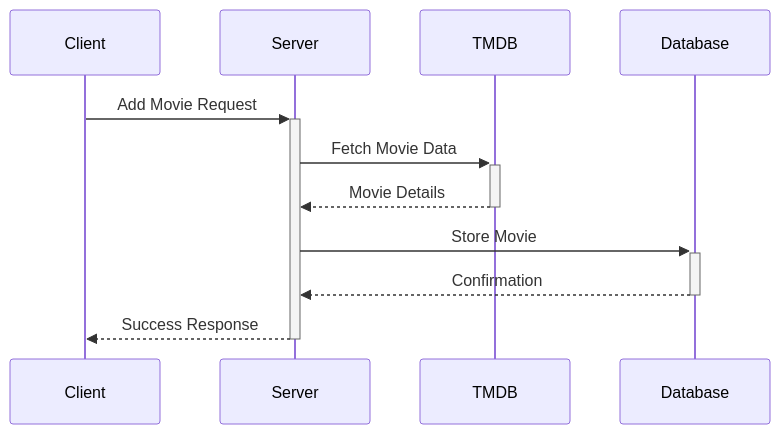
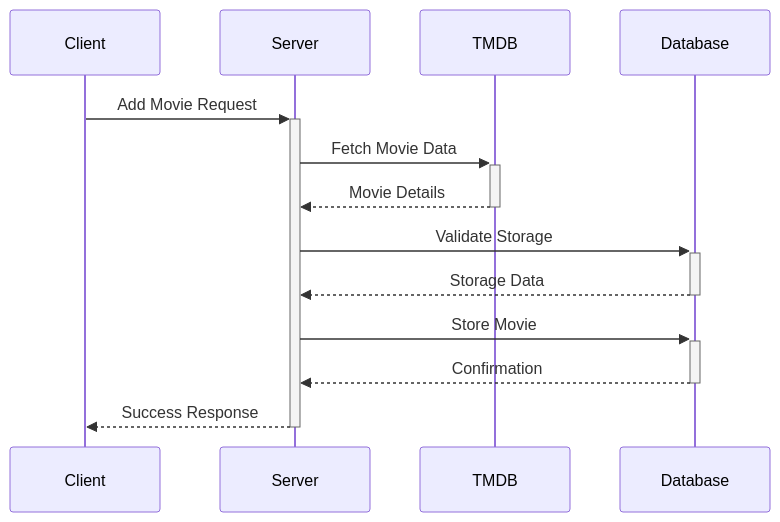
One commit to trekie86/media-manager changed the seventh of 8 diagrams in memory-bank/systemPatterns.md. Above: the diagram before and after it, drawn with Mermaid. The commit also changed other lines of this file and 7 other files, not shown here.

````diff
--- a/memory-bank/systemPatterns.md
+++ b/memory-bank/systemPatterns.md
@@ -129,9 +225,11 @@
 ```mermaid
 sequenceDiagram
     Client->>+Server: Add Movie Request
     Server->>+TMDB: Fetch Movie Data
     TMDB-->>-Server: Movie Details
+    Server->>+Database: Validate Storage
+    Database-->>-Server: Storage Data
     Server->>+Database: Store Movie
     Database-->>-Server: Confirmation
     Server-->>-Client: Success Response
 ```
````
